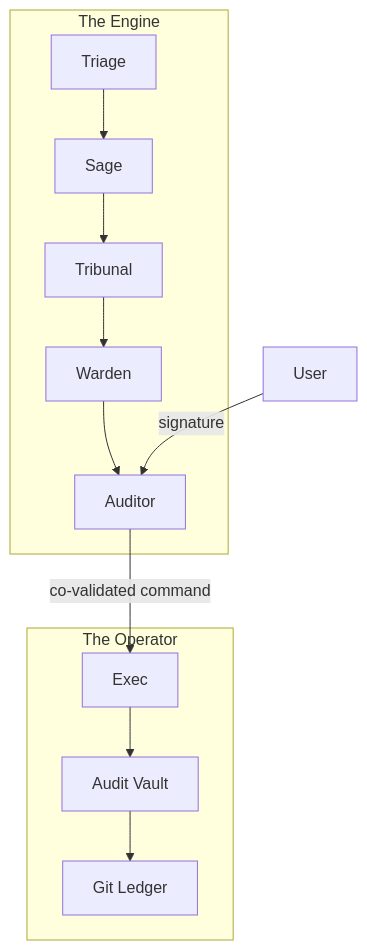
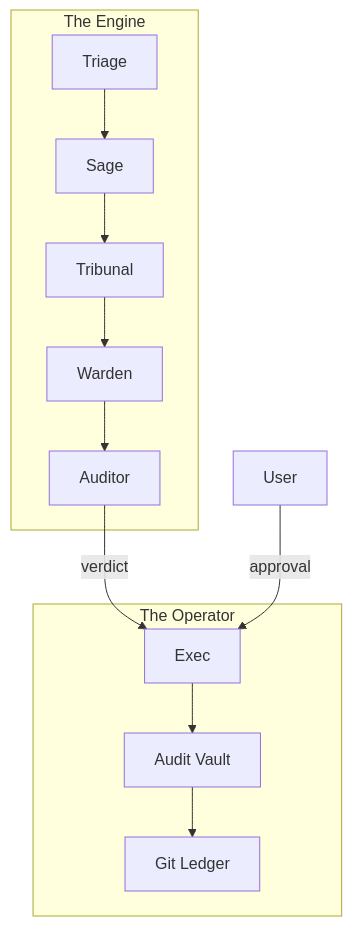
One commit to g8e-ai/g8e changed the diagram in docs/architecture/position_paper.md. Above: the diagram before and after it, drawn with Mermaid. The commit also changed other lines of this file and 127 other files, not shown here.

````diff
--- a/docs/architecture/position_paper.md
+++ b/docs/architecture/position_paper.md
@@ -61,17 +65,16 @@
 ```mermaid
 graph TD
-    U[User]
     subgraph Engine [The Engine]
         T[Triage] --> S[Sage]
         S --> Tr[Tribunal]
         Tr --> W[Warden]
         W --> Au[Auditor]
     end
     subgraph Operator [The Operator]
         Ex[Exec]
         Ex --> Ad[Audit Vault]
         Ad --> G[Git Ledger]
     end
-    U[User] -- signature --> Au
-    Au -- co-validated command --> Ex
+    Au -- verdict --> Ex
+    U[User] -- approval --> Ex
 ```
````
